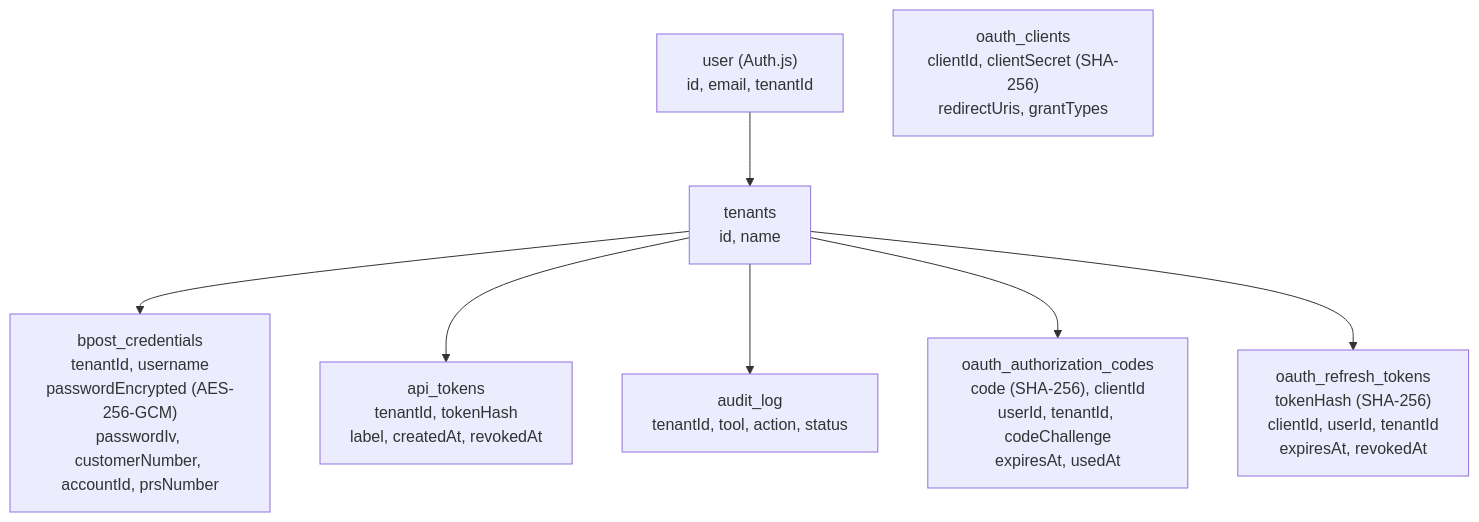
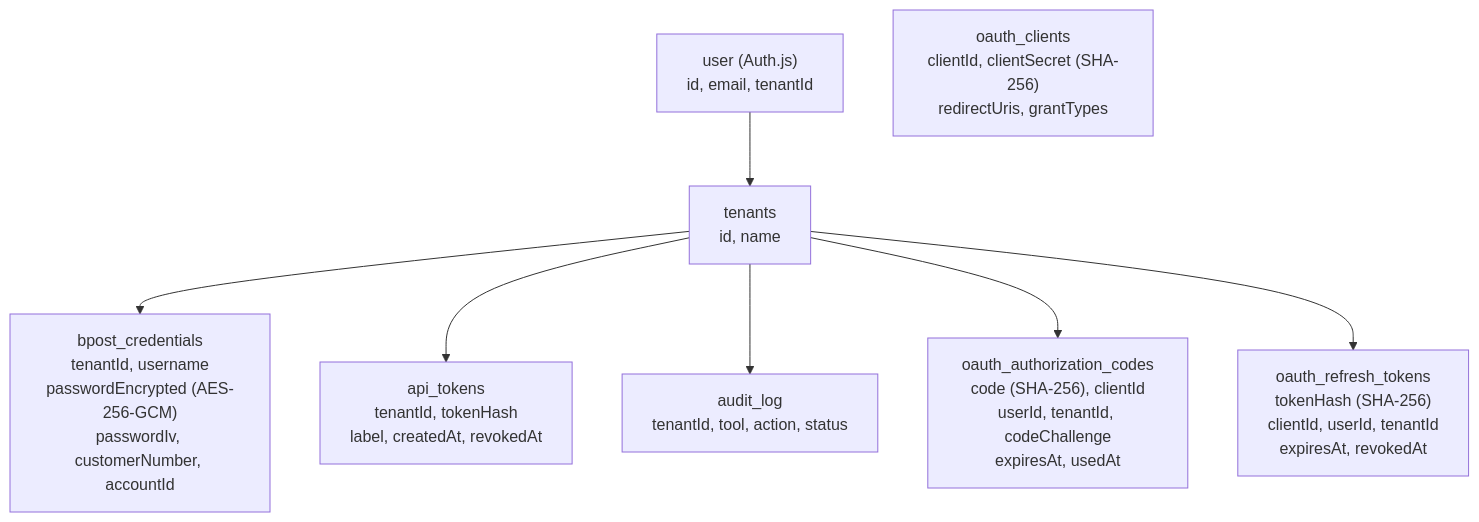
One commit to markminnoye/bpost-mcp changed the fourth of 5 diagrams in docs/internal/architecture.md. Above: the diagram before and after it, drawn with Mermaid. The commit also changed 10 other files, not shown here.

First line of the commit message:
fix: drop redundant PRS-nummer; Customer Id is the PRS-ID

````diff
--- a/docs/internal/architecture.md
+++ b/docs/internal/architecture.md
@@ -159,18 +159,18 @@
 ```mermaid
 flowchart TD
     T["tenants<br/>id, name"]
     U["user (Auth.js)<br/>id, email, tenantId"]
-    C["bpost_credentials<br/>tenantId, username<br/>passwordEncrypted (AES-256-GCM)<br/>passwordIv, customerNumber, accountId, prsNumber"]
+    C["bpost_credentials<br/>tenantId, username<br/>passwordEncrypted (AES-256-GCM)<br/>passwordIv, customerNumber, accountId"]
     AT["api_tokens<br/>tenantId, tokenHash<br/>label, createdAt, revokedAt"]
     AL["audit_log<br/>tenantId, tool, action, status"]
     OC["oauth_clients<br/>clientId, clientSecret (SHA-256)<br/>redirectUris, grantTypes"]
     OAC["oauth_authorization_codes<br/>code (SHA-256), clientId<br/>userId, tenantId, codeChallenge<br/>expiresAt, usedAt"]
     ORT["oauth_refresh_tokens<br/>tokenHash (SHA-256)<br/>clientId, userId, tenantId<br/>expiresAt, revokedAt"]
 
     U --> T
     T --> C
     T --> AT
     T --> AL
     T --> OAC
     T --> ORT
 ```
````
